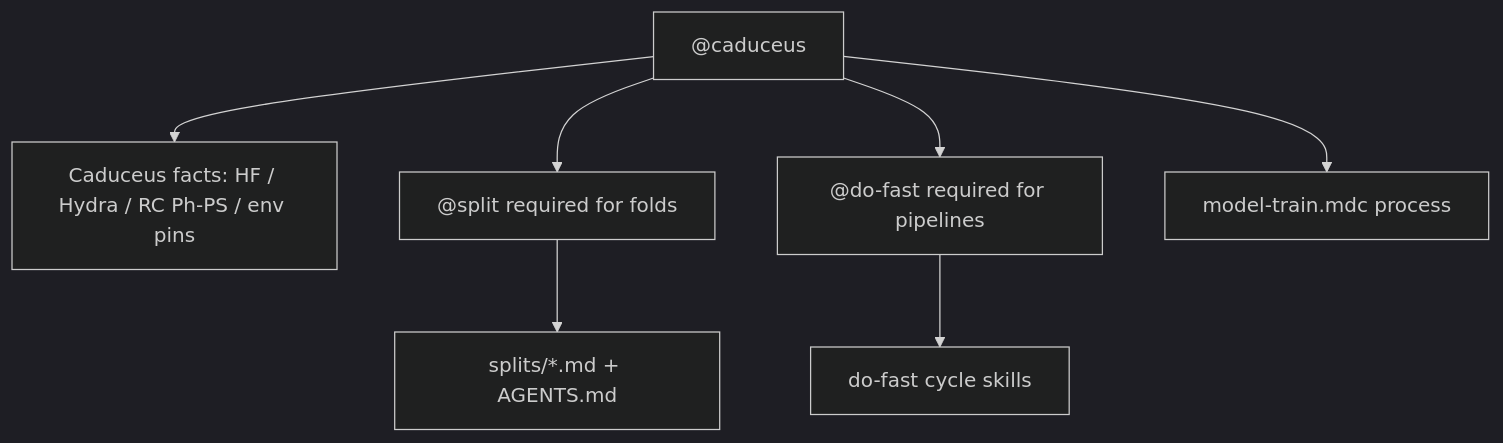
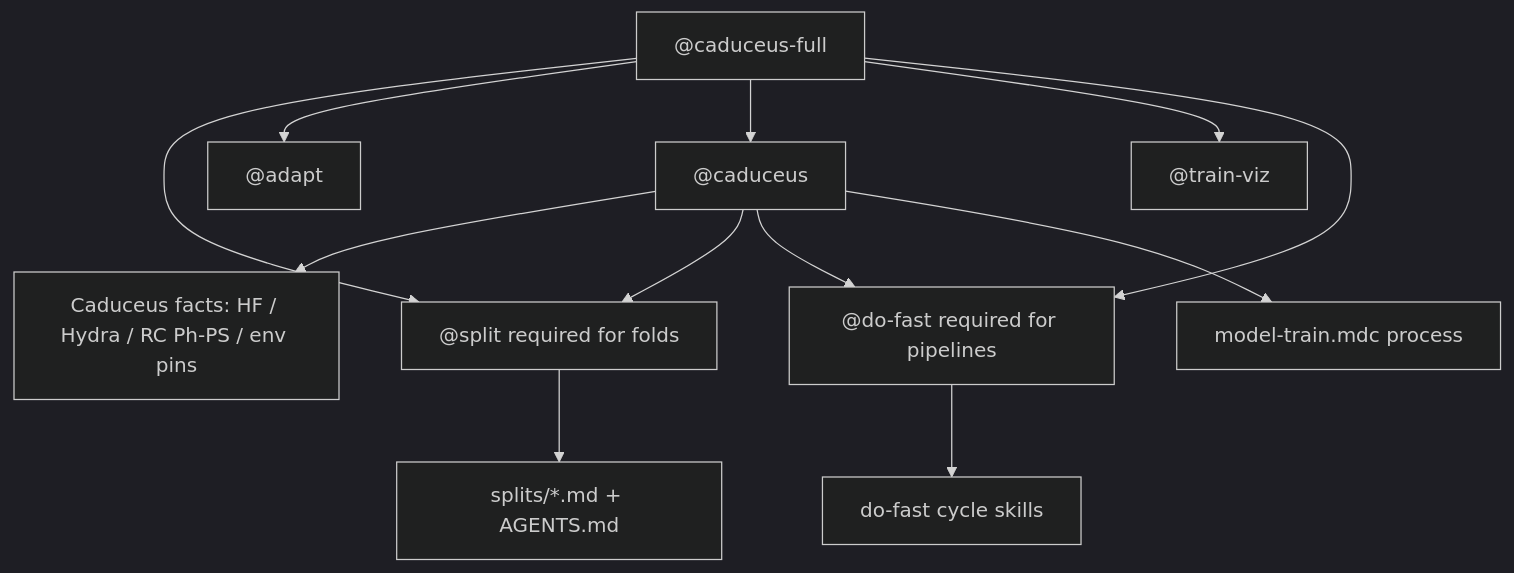
The seventh of 8 diagrams in skills.md (Sirius-Back/Giga_Mario), drawn with Mermaid (dark theme) before and after one commit. The commit also changed other lines of this file and 151 other files, not shown here.

````diff
--- a/skills.md
+++ b/skills.md
@@ -264,10 +268,16 @@
 ```mermaid
 flowchart TB
   cad["@caduceus"]
+  cfull["@caduceus-full"]
   cad --> facts[Caduceus facts: HF / Hydra / RC Ph-PS / env pins]
   cad --> split["@split required for folds"]
   cad --> dofast["@do-fast required for pipelines"]
+  cfull --> split
+  cfull --> adapt["@adapt"]
+  cfull --> cad
+  cfull --> tviz["@train-viz"]
+  cfull --> dofast
   split --> splitsmd["splits/*.md + AGENTS.md"]
   dofast --> cycle["do-fast cycle skills"]
   cad --> mtrain["model-train.mdc process"]
 ```
````
